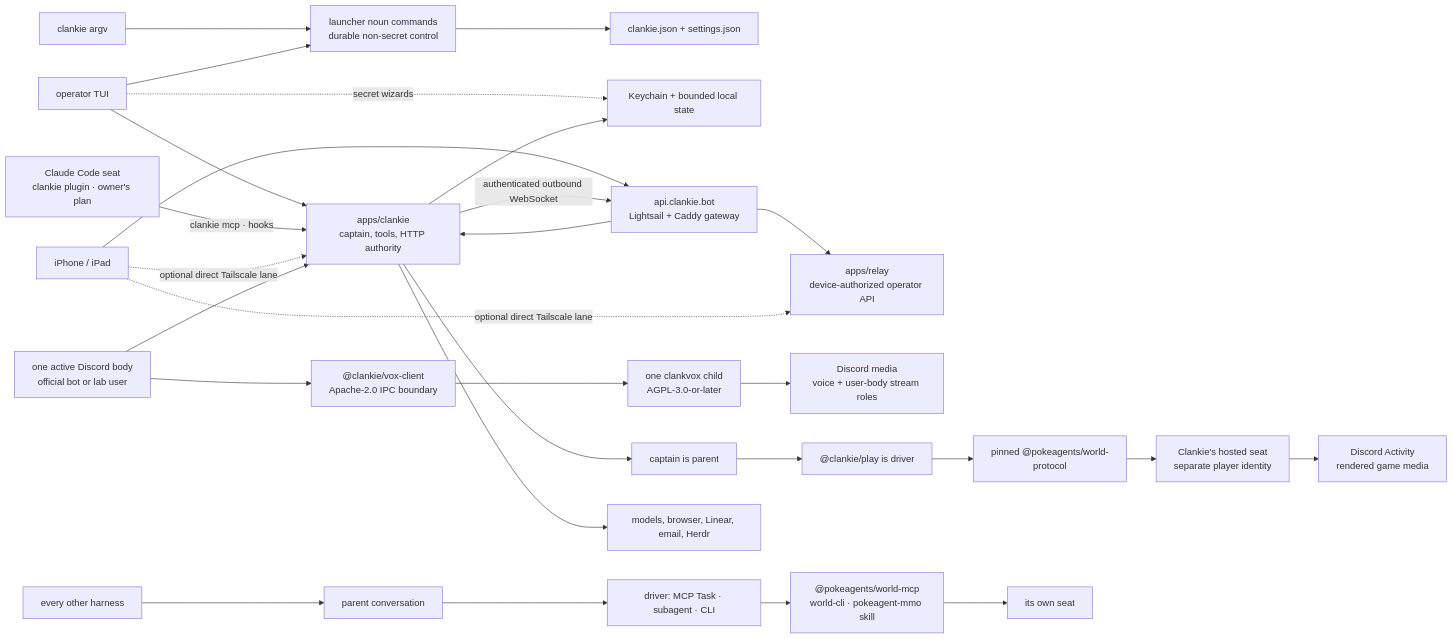
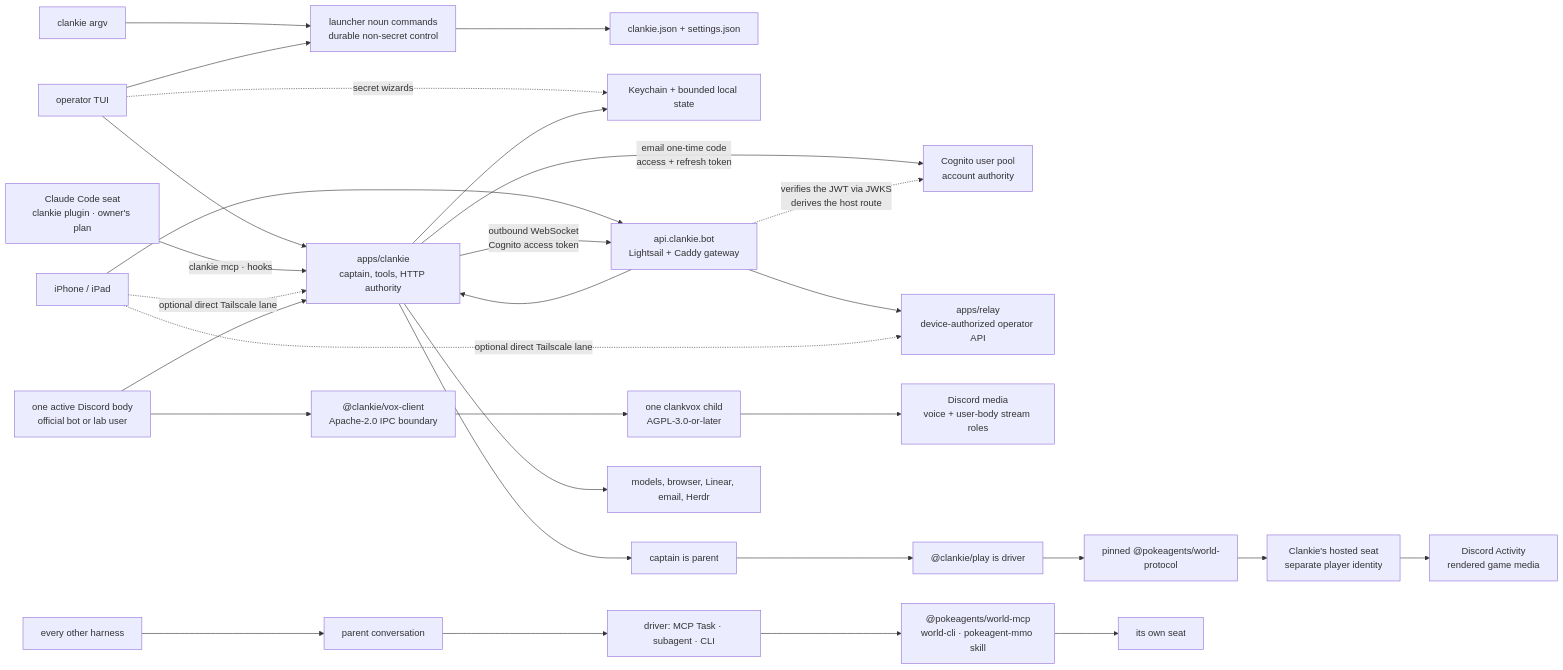
The diagram in docs/architecture.md (Volpestyle/clankie), drawn with Mermaid before and after one commit. The commit also changed other lines of this file and 3 other files, not shown here.

````diff
--- a/docs/architecture.md
+++ b/docs/architecture.md
@@ -7,23 +7,25 @@
 ```mermaid
 flowchart LR
   Argv["clankie argv"] --> Commands["launcher noun commands<br/>durable non-secret control"]
   TUI["operator TUI"] --> Commands --> Config["clankie.json + settings.json"]
   TUI --> Service["apps/clankie<br/>captain, tools, HTTP authority"]
   TUI -. "secret wizards" .-> State
   OperatorSeat["Claude Code seat<br/>clankie plugin · owner's plan"] -->|"clankie mcp · hooks"| Service
   Phone["iPhone / iPad"] --> Gateway["api.clankie.bot<br/>Lightsail + Caddy gateway"]
-  Service -->|"authenticated outbound WebSocket"| Gateway
+  Service -->|"outbound WebSocket<br/>Cognito access token"| Gateway
+  Service -->|"email one-time code<br/>access + refresh token"| Accounts["Cognito user pool<br/>account authority"]
+  Gateway -. "verifies the JWT via JWKS<br/>derives the host route" .-> Accounts
   Gateway --> Relay["apps/relay<br/>device-authorized operator API"]
   Gateway --> Service
   Phone -. "optional direct Tailscale lane" .-> Relay
   Phone -. "optional direct Tailscale lane" .-> Service
   Body["one active Discord body<br/>official bot or lab user"] --> Service
   Body --> Client["@clankie/vox-client<br/>Apache-2.0 IPC boundary"]
   Client --> Vox["one clankvox child<br/>AGPL-3.0-or-later"]
   Vox --> Media["Discord media<br/>voice + user-body stream roles"]
   Service --> CaptainParent["captain is parent"] --> PlayDriver["@clankie/play is driver"] --> Contract["pinned @pokeagents/world-protocol"] --> Seat["Clankie's hosted seat<br/>separate player identity"]
   Seat --> Activity["Discord Activity<br/>rendered game media"]
   Harness["every other harness"] --> OtherParent["parent conversation"] --> OtherDriver["driver: MCP Task · subagent · CLI"] --> Doors["@pokeagents/world-mcp<br/>world-cli · pokeagent-mmo skill"] --> OtherSeat["its own seat"]
   Service --> State["Keychain + bounded local state"]
   Service --> External["models, browser, Linear, email, Herdr"]
 ```
````
